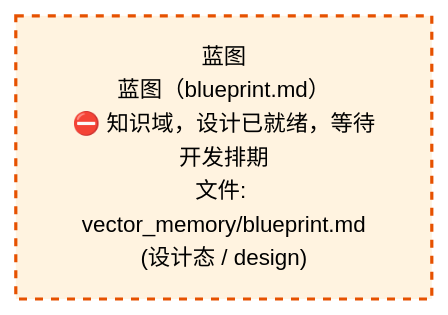
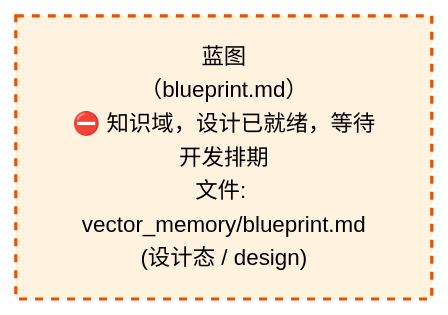
Before and after one commit to xuanFelixVan/ZephyrAlpha: the second of 2 diagrams in docs/02_enterprise_architecture/02_domain_architecture_docs/58_d_knowledge.md, drawn with Mermaid. The commit also changed other lines of this file and 63 other files, not shown here.

````diff
--- a/docs/02_enterprise_architecture/02_domain_architecture_docs/58_d_knowledge.md
+++ b/docs/02_enterprise_architecture/02_domain_architecture_docs/58_d_knowledge.md
@@ -74,10 +74,10 @@
 ```mermaid
 %%{init: {'theme': 'base', 'themeVariables': {'primaryColor': '#eaeaea', 'primaryTextColor': '#333333', 'primaryBorderColor': '#666666', 'lineColor': '#666666', 'secondaryColor': '#eaeaea', 'tertiaryColor': '#eaeaea', 'fontSize': '14px'}}}%%
 flowchart TD
-    docs_03_modules_domain_knowledge_vector_memory_blueprint_md["蓝图<br/>蓝图（blueprint.md）<br/>⛔ 知识域，设计已就绪，等待开发排期<br/>文件: vector_memory/blueprint.md<br/>(设计态 / design)"]
+    docs_03_modules_domain_knowledge_vector_memory_blueprint_md["蓝图<br/>（blueprint.md）<br/>⛔ 知识域，设计已就绪，等待开发排期<br/>文件: vector_memory/blueprint.md<br/>(设计态 / design)"]
     classDef production fill:#e1f5fe,stroke:#01579b,stroke-width:2px,color:#000
     classDef design fill:#fff3e0,stroke:#e65100,stroke-width:2px,color:#000,stroke-dasharray: 5 5
     classDef external_prod fill:#e8f4fd,stroke:#0277bd,stroke-width:1px,color:#000
     classDef external_design fill:#fff8e7,stroke:#ef6c00,stroke-width:1px,color:#000,stroke-dasharray: 5 5
     class docs_03_modules_domain_knowledge_vector_memory_blueprint_md design
 ```
````
